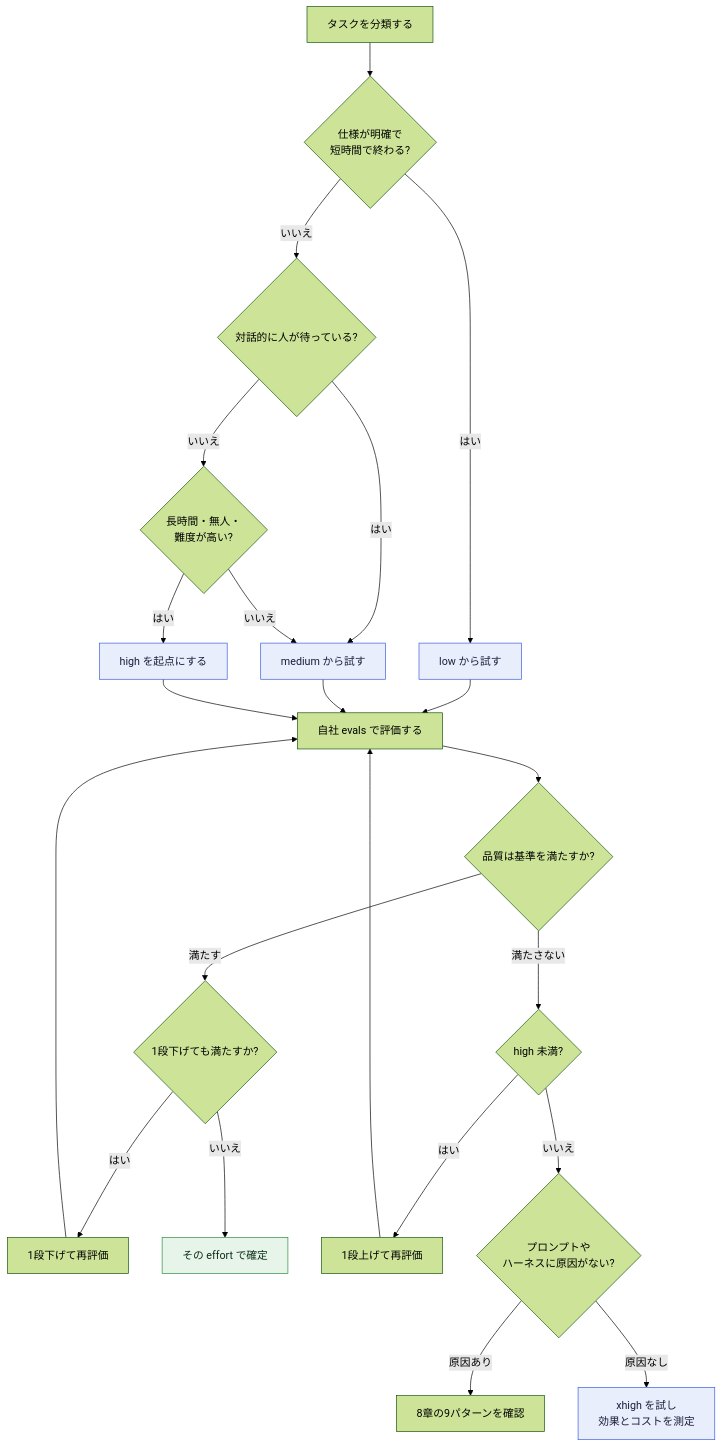
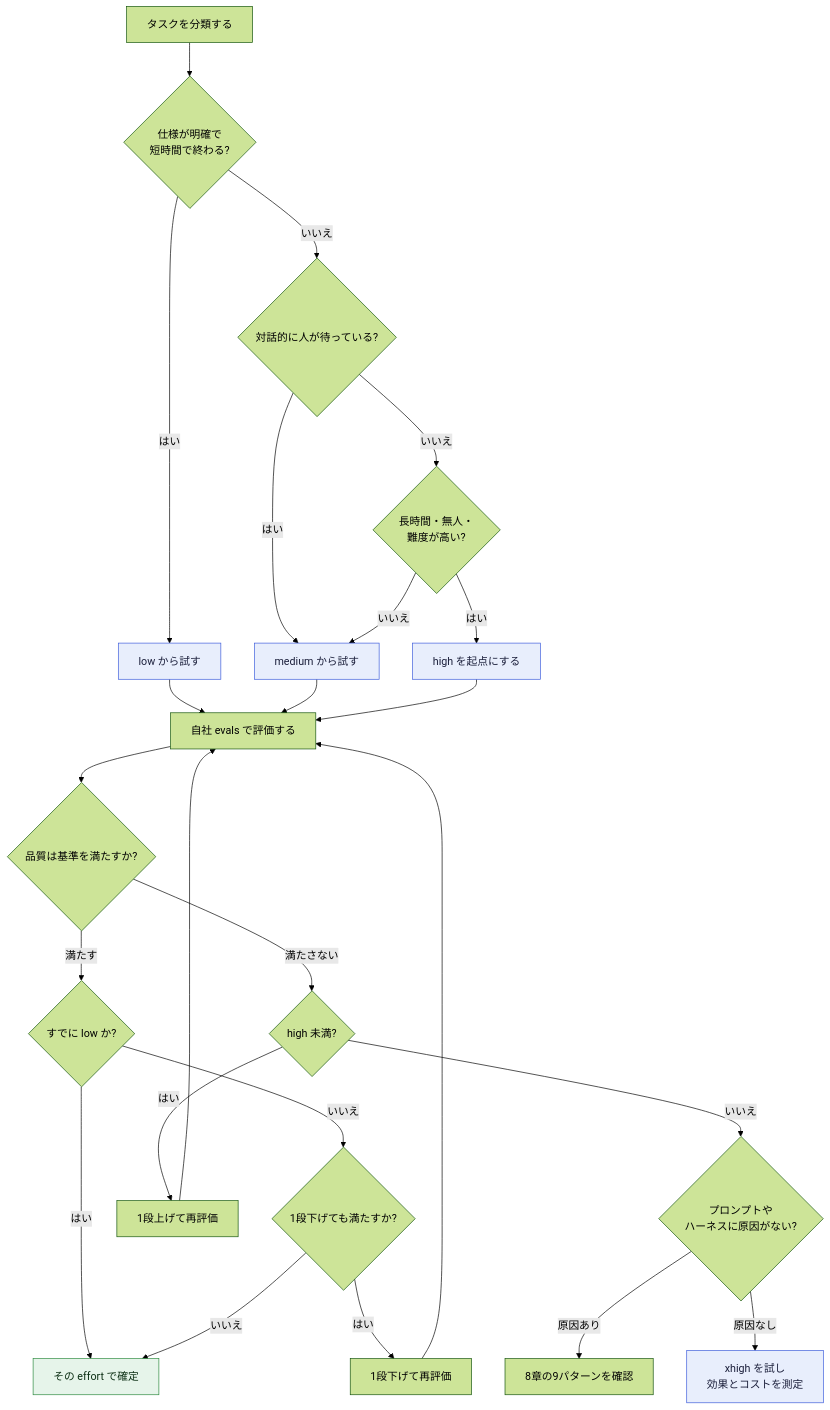
Before and after one commit to myoshi2891/Comparison-of-LLMs: the third of 10 diagrams in archive/md/Anthropic/Claude-fable-5-2-best-practices-guide.md, drawn with Mermaid (forest theme). The commit also changed other lines of this file and 4 other files, not shown here.

````diff
--- a/archive/md/Anthropic/Claude-fable-5-2-best-practices-guide.md
+++ b/archive/md/Anthropic/Claude-fable-5-2-best-practices-guide.md
@@ -291,29 +291,31 @@
 ```mermaid
 flowchart TD
     A["タスクを分類する"] --> B{"仕様が明確で<br/>短時間で終わる?"}
     B -- "はい" --> LOW["low から試す"]
     B -- "いいえ" --> C{"対話的に人が待っている?"}
     C -- "はい" --> MED["medium から試す"]
     C -- "いいえ" --> D{"長時間・無人・<br/>難度が高い?"}
     D -- "はい" --> HIGH["high を起点にする"]
     D -- "いいえ" --> MED
     LOW --> E["自社 evals で評価する"]
     MED --> E
     HIGH --> E
     E --> F{"品質は基準を満たすか?"}
-    F -- "満たす" --> G{"1段下げても満たすか?"}
+    F -- "満たす" --> G0{"すでに low か?"}
+    G0 -- "はい" --> FIX["その effort で確定"]
+    G0 -- "いいえ" --> G{"1段下げても満たすか?"}
     G -- "はい" --> DOWN["1段下げて再評価"]
     DOWN --> E
-    G -- "いいえ" --> FIX["その effort で確定"]
+    G -- "いいえ" --> FIX
     F -- "満たさない" --> H{"high 未満?"}
     H -- "はい" --> UP["1段上げて再評価"]
     UP --> E
     H -- "いいえ" --> I{"プロンプトや<br/>ハーネスに原因がない?"}
     I -- "原因あり" --> PROMPT["8章の9パターンを確認"]
     I -- "原因なし" --> XH["xhigh を試し<br/>効果とコストを測定"]
 
     classDef main fill:#e8eefc,stroke:#3b5bdb,color:#1b1f3b
     classDef ok fill:#e6f4ea,stroke:#2b8a3e,color:#0b2e13
     class LOW,MED,HIGH,XH main
     class FIX ok
 ```
````
